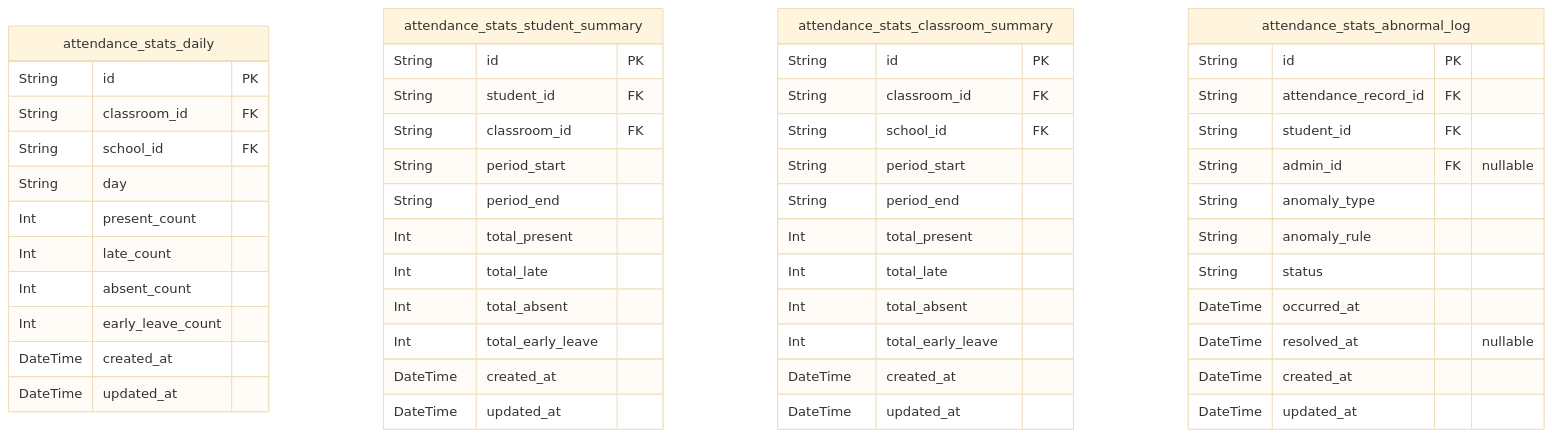
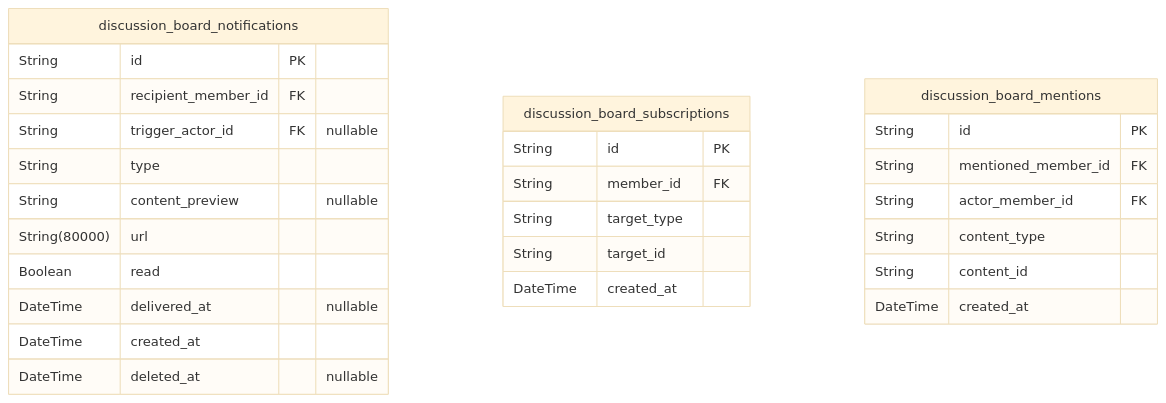
Before and after one commit to wrtnlabs/autobe-example-bbs-openai-gpt-4.1: the fifth of 8 diagrams in docs/ERD.md, drawn with Mermaid (base theme). The commit also changed other lines of this file and 667 other files, not shown here.

````diff
--- a/docs/ERD.md
+++ b/docs/ERD.md
@@ -524,54 +419,30 @@
 ```mermaid
 erDiagram
-"attendance_stats_daily" {
+"discussion_board_notifications" {
   String id PK
-  String classroom_id FK
-  String school_id FK
-  String day
-  Int present_count
-  Int late_count
-  Int absent_count
-  Int early_leave_count
+  String recipient_member_id FK
+  String trigger_actor_id FK "nullable"
+  String type
+  String content_preview "nullable"
+  String(80000) url
+  Boolean read
+  DateTime delivered_at "nullable"
   DateTime created_at
-  DateTime updated_at
+  DateTime deleted_at "nullable"
 }
-"attendance_stats_student_summary" {
+"discussion_board_subscriptions" {
   String id PK
-  String student_id FK
-  String classroom_id FK
-  String period_start
-  String period_end
-  Int total_present
-  Int total_late
-  Int total_absent
-  Int total_early_leave
+  String member_id FK
+  String target_type
+  String target_id
   DateTime created_at
-  DateTime updated_at
 }
-"attendance_stats_classroom_summary" {
+"discussion_board_mentions" {
   String id PK
-  String classroom_id FK
-  String school_id FK
-  String period_start
-  String period_end
-  Int total_present
-  Int total_late
-  Int total_absent
-  Int total_early_leave
+  String mentioned_member_id FK
+  String actor_member_id FK
+  String content_type
+  String content_id
   DateTime created_at
-  DateTime updated_at
-}
-"attendance_stats_abnormal_log" {
-  String id PK
-  String attendance_record_id FK
-  String student_id FK
-  String admin_id FK "nullable"
-  String anomaly_type
-  String anomaly_rule
-  String status
-  DateTime occurred_at
-  DateTime resolved_at "nullable"
-  DateTime created_at
-  DateTime updated_at
 }
 ```
````
